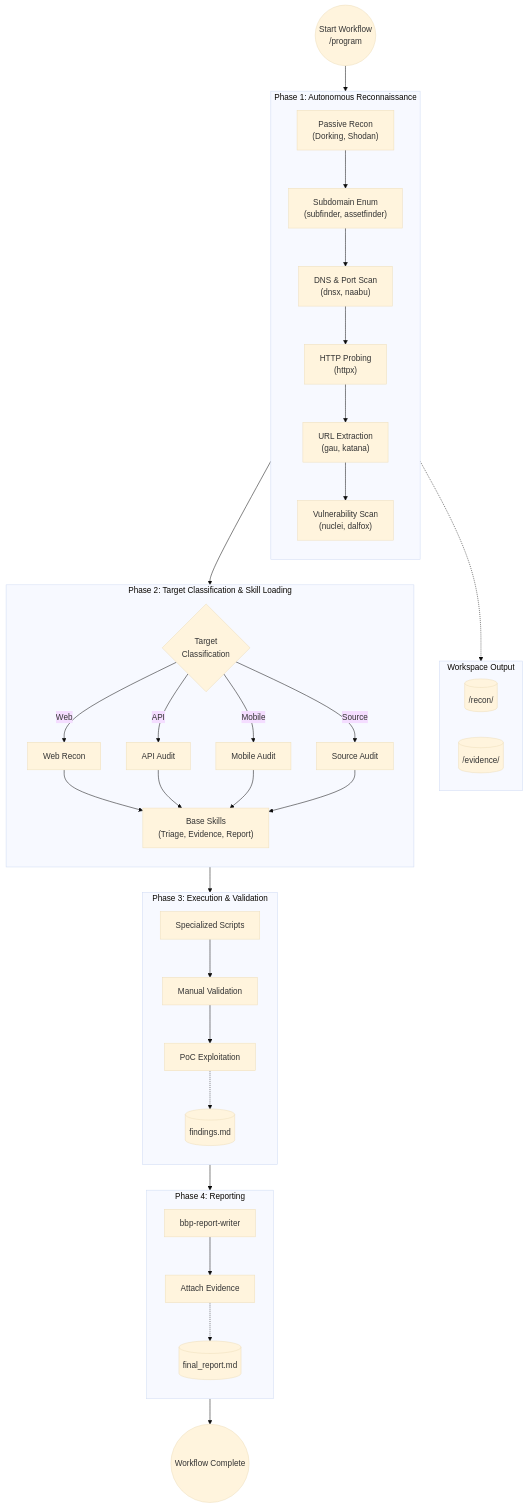
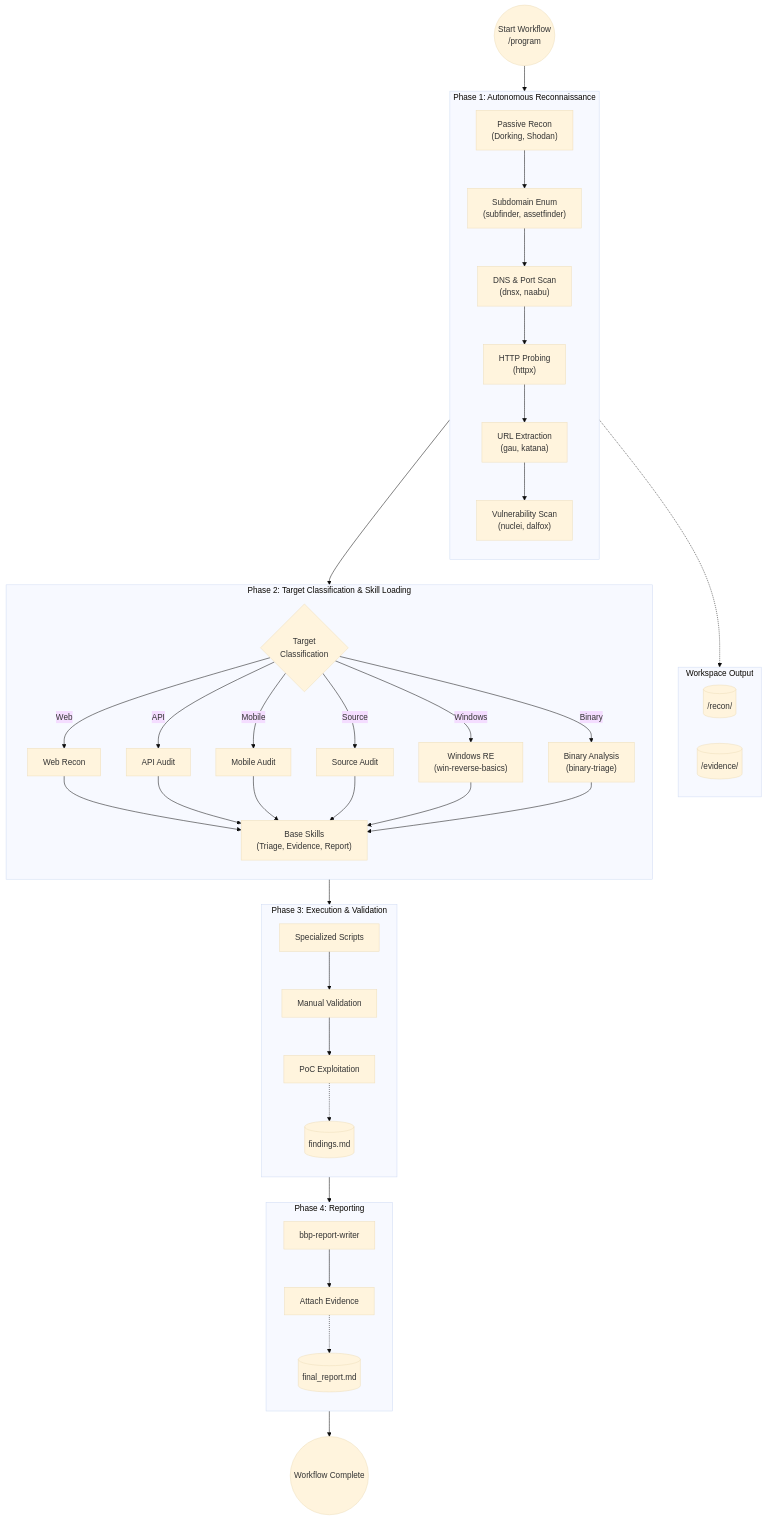
The diagram in README.md (BMNTR/BugBounty), drawn with Mermaid (base theme) before and after one commit.

Commit message:
docs: update flowchart to include windows and binary targets

````diff
--- a/README.md
+++ b/README.md
@@ -83,68 +83,72 @@
 ```mermaid
 flowchart TD
     %% Node Definitions
     Start(("Start Workflow\n/program <url>"))
     
     subgraph Phase1 ["Phase 1: Autonomous Reconnaissance"]
         direction TB
         R1["Passive Recon\n(Dorking, Shodan)"]
         R2["Subdomain Enum\n(subfinder, assetfinder)"]
         R3["DNS & Port Scan\n(dnsx, naabu)"]
         R4["HTTP Probing\n(httpx)"]
         R5["URL Extraction\n(gau, katana)"]
         R6["Vulnerability Scan\n(nuclei, dalfox)"]
         
         R1 --> R2 --> R3 --> R4 --> R5 --> R6
     end
 
     subgraph Storage1 ["Workspace Output"]
         DB1[("/recon/")]
         DB2[("/evidence/")]
     end
 
     subgraph Phase2 ["Phase 2: Target Classification & Skill Loading"]
         direction TB
         C1{"Target\nClassification"}
         T1["Web Recon"]
         T2["API Audit"]
         T3["Mobile Audit"]
         T4["Source Audit"]
+        T5["Windows RE\n(win-reverse-basics)"]
+        T6["Binary Analysis\n(binary-triage)"]
         Base["Base Skills\n(Triage, Evidence, Report)"]
         
         C1 -->|Web| T1
         C1 -->|API| T2
         C1 -->|Mobile| T3
         C1 -->|Source| T4
+        C1 -->|Windows| T5
+        C1 -->|Binary| T6
         
-        T1 & T2 & T3 & T4 --> Base
+        T1 & T2 & T3 & T4 & T5 & T6 --> Base
     end
 
     subgraph Phase3 ["Phase 3: Execution & Validation"]
         direction TB
         E1["Specialized Scripts"]
         E2["Manual Validation"]
         E3["PoC Exploitation"]
         DB3[("findings.md")]
         
         E1 --> E2 --> E3 -.-> DB3
     end
 
     subgraph Phase4 ["Phase 4: Reporting"]
         direction TB
         Rep1["bbp-report-writer"]
         Rep2["Attach Evidence"]
         DB4[("final_report.md")]
         
         Rep1 --> Rep2 -.-> DB4
     end
     
     Finish(("Workflow Complete"))
 
     %% Flow connections
     Start --> Phase1
     R6 -.-> Storage1
     Phase1 --> Phase2
     Phase2 --> Phase3
     Phase3 --> Phase4
     Phase4 --> Finish
 ```
````
